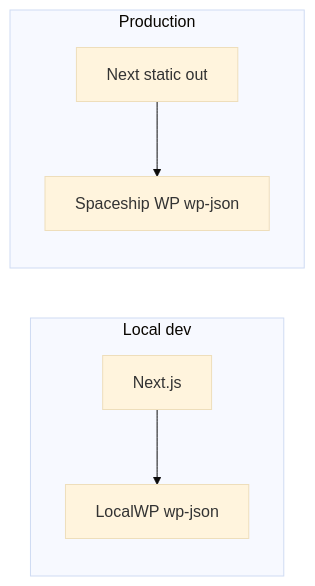
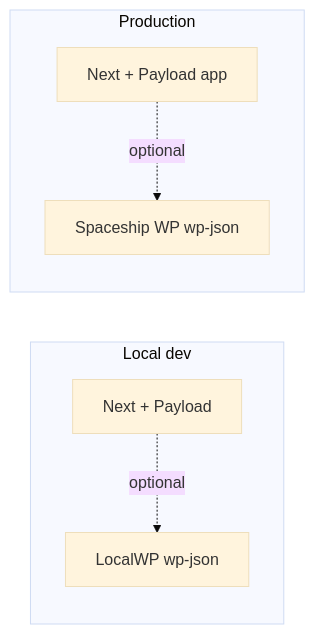
The diagram in .cursor/docs/Site-Plans.md (jonbeatz/msc-new), drawn with Mermaid (base theme) before and after one commit. The commit also changed other lines of this file and 101 other files, not shown here.

````diff
--- a/.cursor/docs/Site-Plans.md
+++ b/.cursor/docs/Site-Plans.md
@@ -49,13 +51,13 @@
 ```mermaid
 flowchart LR
     subgraph dev [Local dev]
-        NL[Next.js]
+        NL[Next + Payload]
         WL[LocalWP wp-json]
-        NL --> WL
+        NL -. optional .-> WL
     end
     subgraph prod [Production]
-        NS[Next static out]
+        NS[Next + Payload app]
         WS[Spaceship WP wp-json]
-        NS --> WS
+        NS -. optional .-> WS
     end
 ```
````
